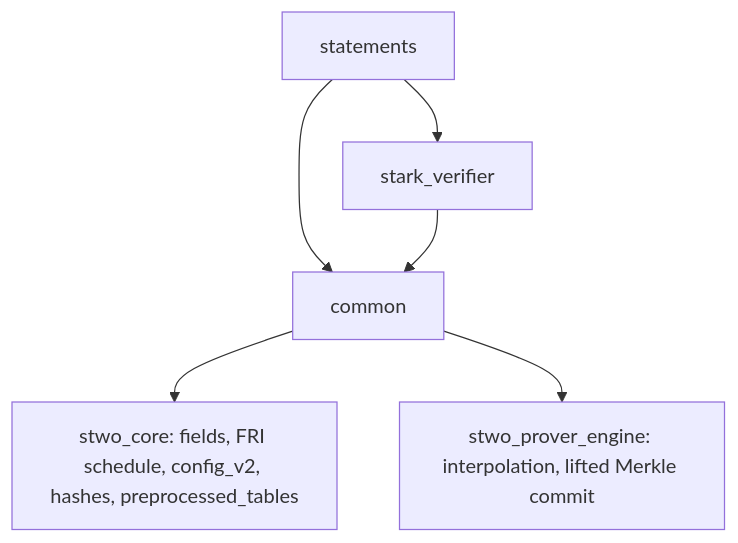
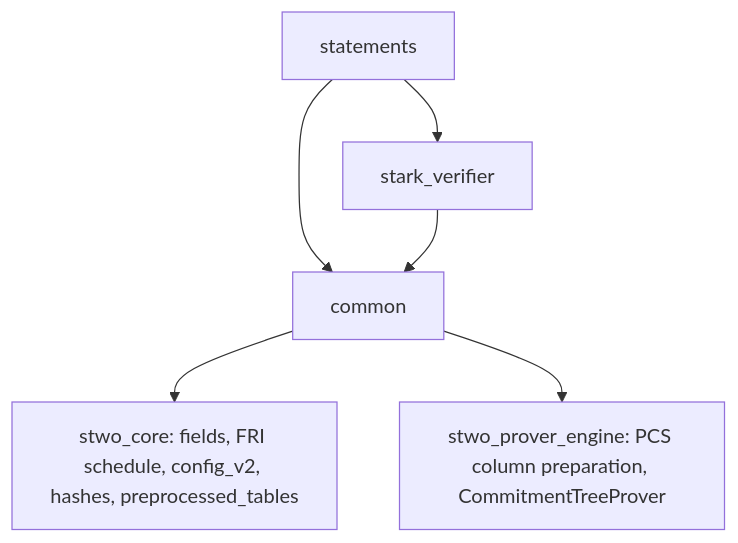
One commit to teddyjfpender/stwo-zig changed the diagram in src/frontends/circuit/README.md. Above: the diagram before and after it, drawn with Mermaid. The commit also changed other lines of this file and 4 other files, not shown here.

````diff
--- a/src/frontends/circuit/README.md
+++ b/src/frontends/circuit/README.md
@@ -42,8 +42,8 @@
 ```mermaid
 flowchart TD
     statements --> stark_verifier
     statements --> common
     stark_verifier --> common
     common --> core[stwo_core: fields, FRI schedule, config_v2, hashes, preprocessed_tables]
-    common --> prover[stwo_prover_engine: interpolation, lifted Merkle commit]
+    common --> prover[stwo_prover_engine: PCS column preparation, CommitmentTreeProver]
 ```
````
